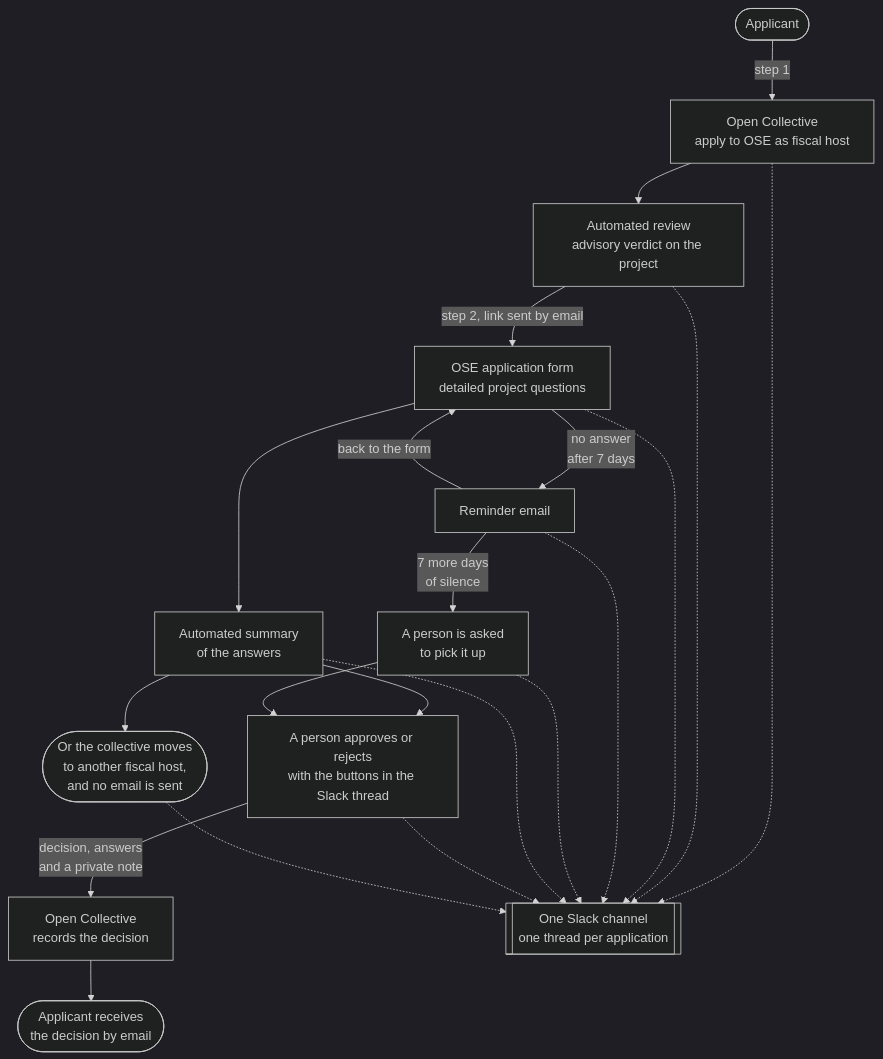
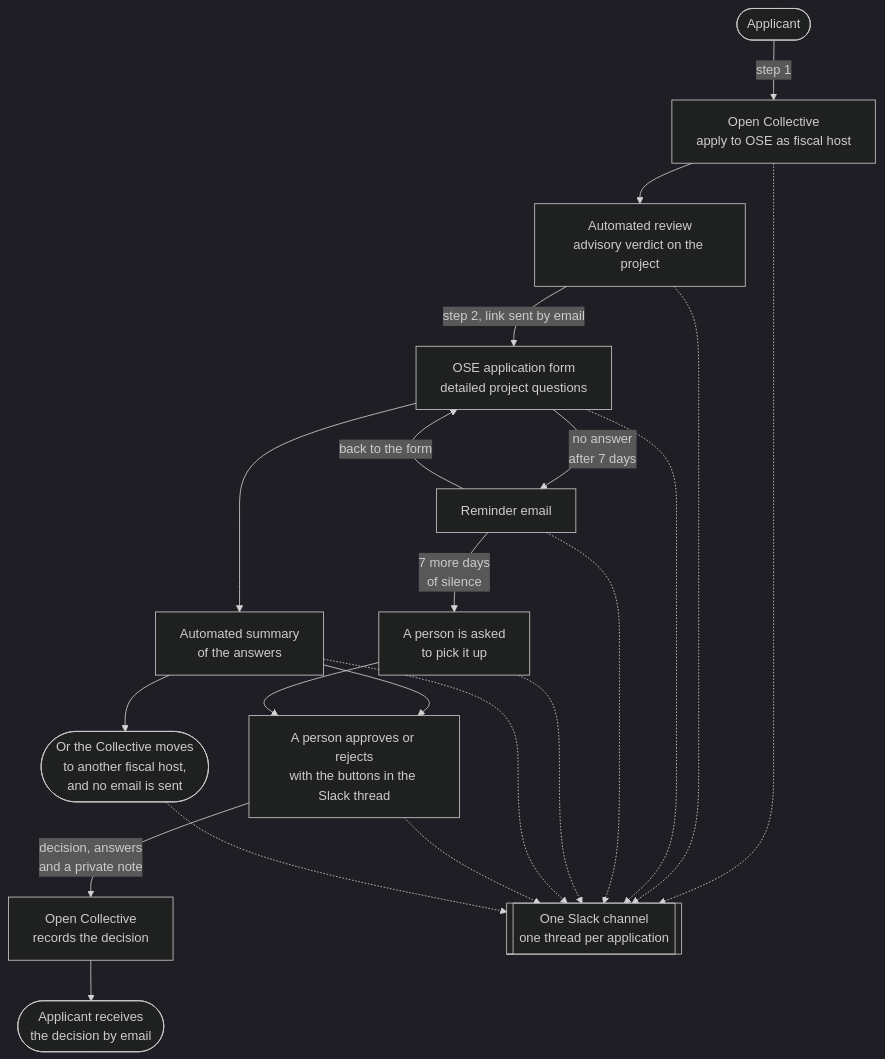
The diagram in README.md (opensourceeurope/community), drawn with Mermaid (dark theme) before and after one commit. The commit also changed other lines of this file and 6 other files, not shown here.

````diff
--- a/README.md
+++ b/README.md
@@ -16,27 +16,27 @@
 ```mermaid
 flowchart TD
     A(["Applicant"]) -->|"step 1"| OC["Open Collective<br>apply to OSE as fiscal host"]
     OC --> AI["Automated review<br>advisory verdict on the project"]
     AI -->|"step 2, link sent by email"| FORM["OSE application form<br>detailed project questions"]
     FORM --> SUM["Automated summary<br>of the answers"]
     SUM --> DEC["A person approves or rejects<br>with the buttons in the Slack thread"]
     DEC -->|"decision, answers<br>and a private note"| OCD["Open Collective<br>records the decision"]
     OCD --> MAIL(["Applicant receives<br>the decision by email"])
-    SUM --> MOVE(["Or the collective moves<br>to another fiscal host,<br>and no email is sent"])
+    SUM --> MOVE(["Or the Collective moves<br>to another fiscal host,<br>and no email is sent"])
 
     FORM -->|"no answer<br>after 7 days"| REM["Reminder email"]
     REM -->|"back to the form"| FORM
     REM -->|"7 more days<br>of silence"| ESC["A person is asked<br>to pick it up"]
     ESC --> DEC
 
     OC -.-> SL
     AI -.-> SL
     FORM -.-> SL
     REM -.-> SL
     ESC -.-> SL
     SUM -.-> SL
     DEC -.-> SL
     MOVE -.-> SL
 
     SL[["One Slack channel<br>one thread per application"]]
 ```
````
